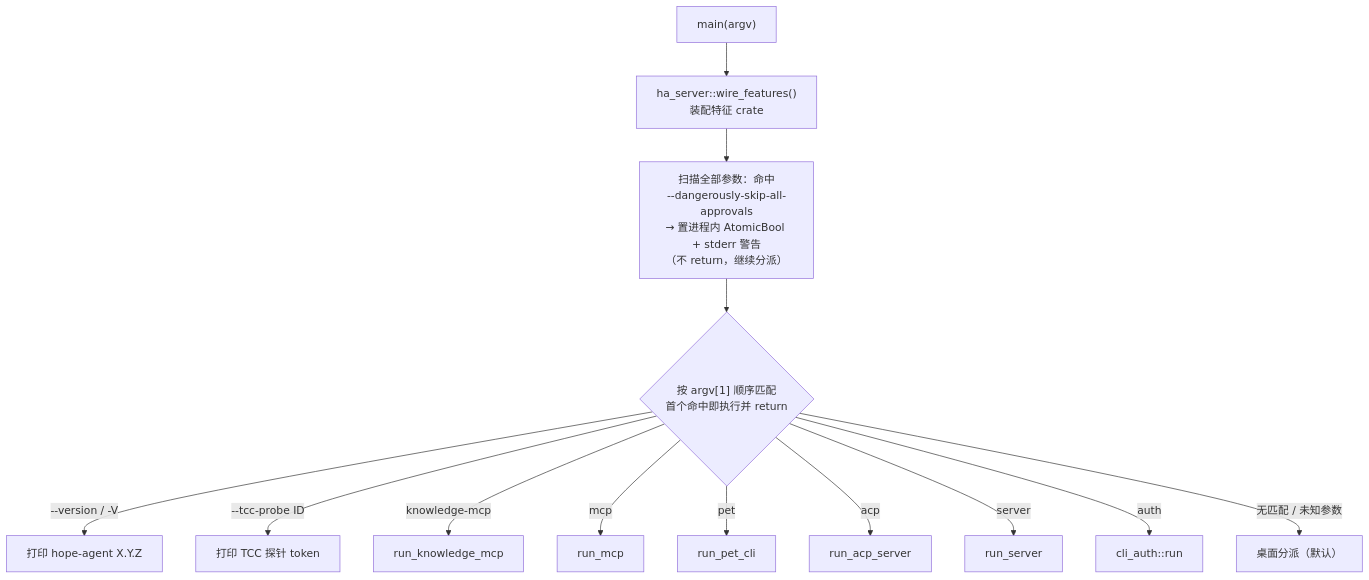
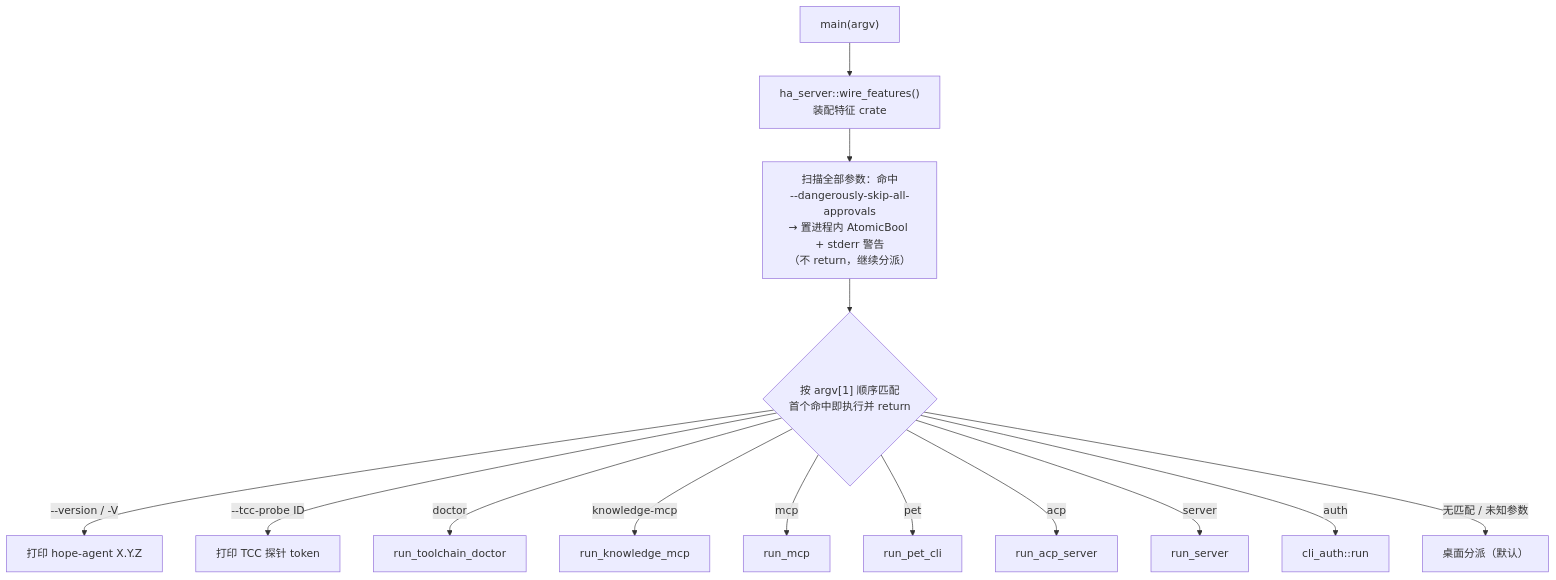
Before and after one commit to gabrielmoreira/agent-skills-mirror: the first of 6 diagrams in mirrors/repos/shiwenwen@hope-agent/docs/architecture/system/cli.md, drawn with Mermaid. The commit also changed other lines of this file and 1101 other files, not shown here.

````diff
--- a/mirrors/repos/shiwenwen@hope-agent/docs/architecture/system/cli.md
+++ b/mirrors/repos/shiwenwen@hope-agent/docs/architecture/system/cli.md
@@ -15,15 +15,16 @@
 ```mermaid
 flowchart TD
     A["main(argv)"] --> W["ha_server::wire_features()<br/>装配特征 crate"]
     W --> DG["扫描全部参数：命中<br/>--dangerously-skip-all-approvals<br/>→ 置进程内 AtomicBool + stderr 警告<br/>（不 return，继续分派）"]
     DG --> M{"按 argv[1] 顺序匹配<br/>首个命中即执行并 return"}
     M -->|"--version / -V"| R1["打印 hope-agent X.Y.Z"]
     M -->|"--tcc-probe ID"| R2["打印 TCC 探针 token"]
+    M -->|"doctor"| RD["run_toolchain_doctor"]
     M -->|"knowledge-mcp"| R3["run_knowledge_mcp"]
     M -->|"mcp"| R4["run_mcp"]
     M -->|"pet"| R5["run_pet_cli"]
     M -->|"acp"| R6["run_acp_server"]
     M -->|"server"| R7["run_server"]
     M -->|"auth"| R8["cli_auth::run"]
     M -->|"无匹配 / 未知参数"| R9["桌面分派（默认）"]
 ```
````
